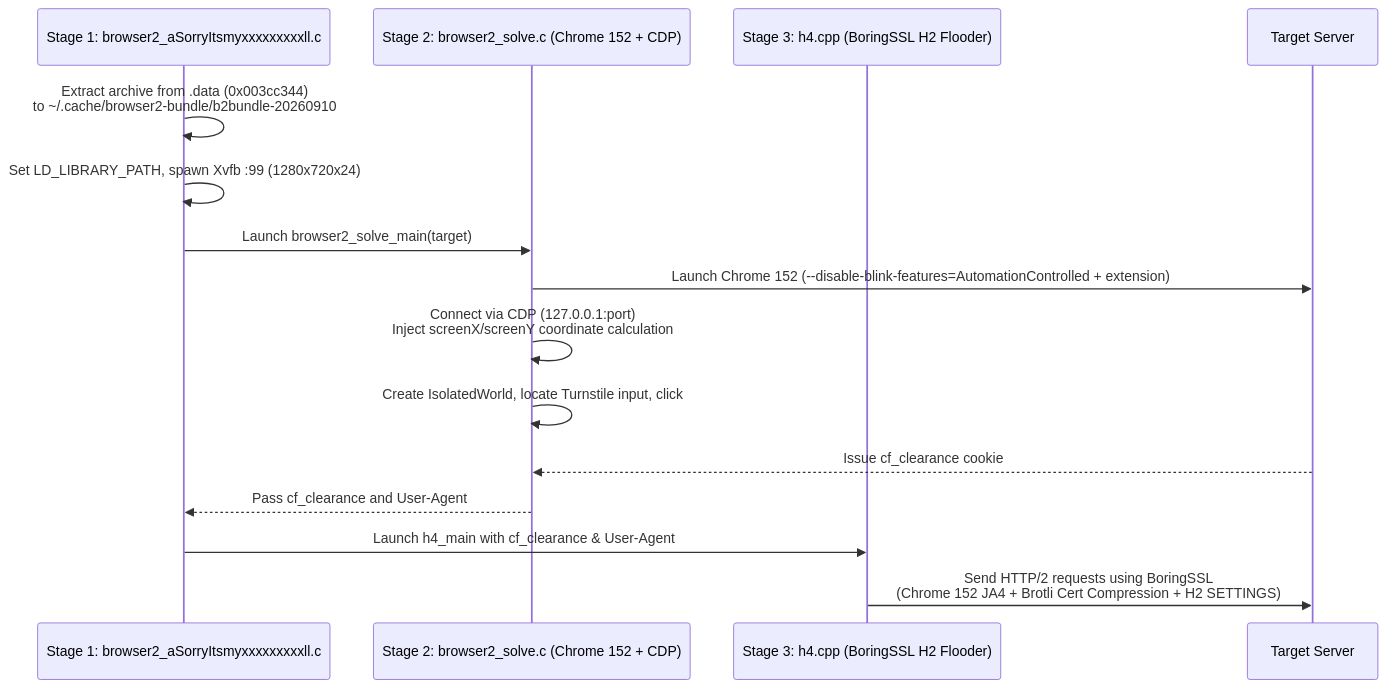
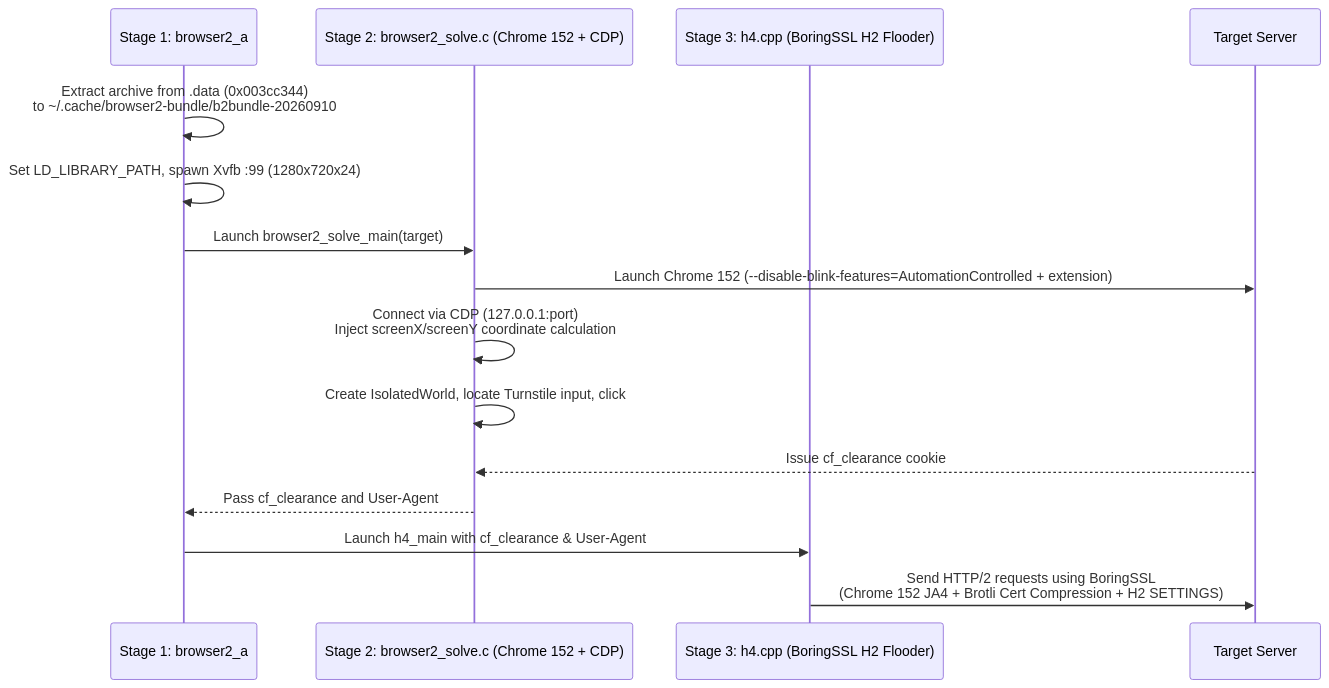
Before and after one commit to eln1x/unixawy.com: the second of 2 diagrams in content/posts/multi_actor_container_intrusion.md, drawn with Mermaid. The commit also changed other lines of this file, not shown here.

````diff
--- a/content/posts/multi_actor_container_intrusion.md
+++ b/content/posts/multi_actor_container_intrusion.md
@@ -283,18 +283,18 @@
 ```mermaid
 sequenceDiagram
-    participant Wrapper as Stage 1: browser2_aSorryItsmyxxxxxxxxxll.c
+    participant Wrapper as Stage 1: browser2_a
     participant Solver as Stage 2: browser2_solve.c (Chrome 152 + CDP)
     participant Flooder as Stage 3: h4.cpp (BoringSSL H2 Flooder)
     participant Target as Target Server
 
     Wrapper->>Wrapper: Extract archive from .data (0x003cc344)<br/>to ~/.cache/browser2-bundle/b2bundle-20260910
     Wrapper->>Wrapper: Set LD_LIBRARY_PATH, spawn Xvfb :99 (1280x720x24)
     Wrapper->>Solver: Launch browser2_solve_main(target)
     Solver->>Target: Launch Chrome 152 (--disable-blink-features=AutomationControlled + extension)
     Solver->>Solver: Connect via CDP (127.0.0.1:port)<br/>Inject screenX/screenY coordinate calculation
     Solver->>Solver: Create IsolatedWorld, locate Turnstile input, click
     Target-->>Solver: Issue cf_clearance cookie
     Solver-->>Wrapper: Pass cf_clearance and User-Agent
     Wrapper->>Flooder: Launch h4_main with cf_clearance & User-Agent
     Flooder->>Target: Send HTTP/2 requests using BoringSSL<br/>(Chrome 152 JA4 + Brotli Cert Compression + H2 SETTINGS)
 ```
````
